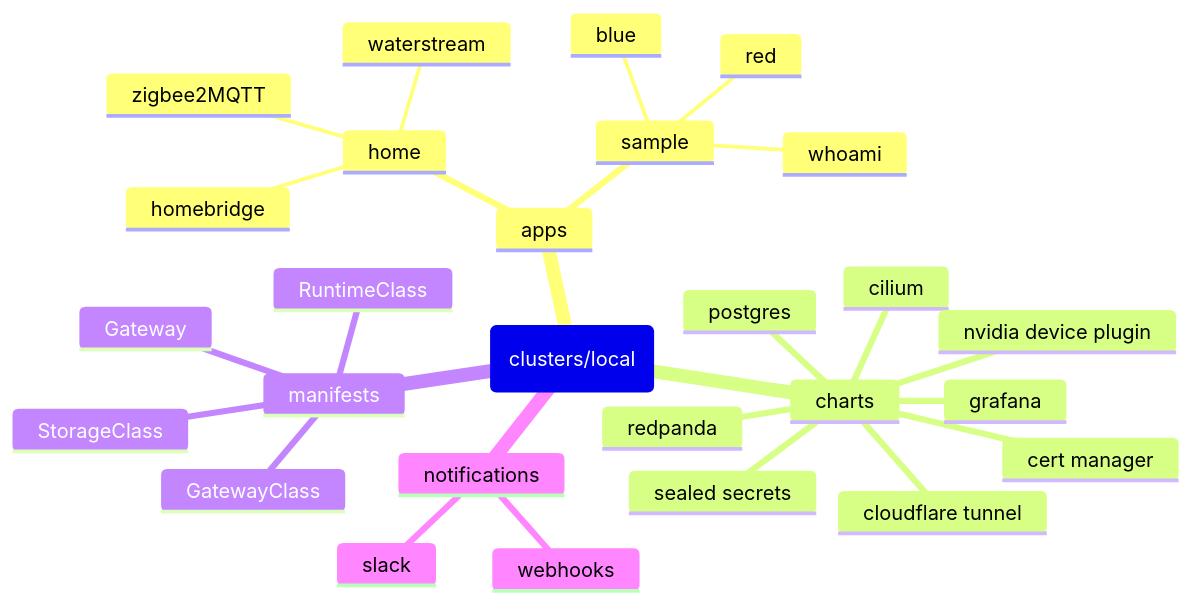
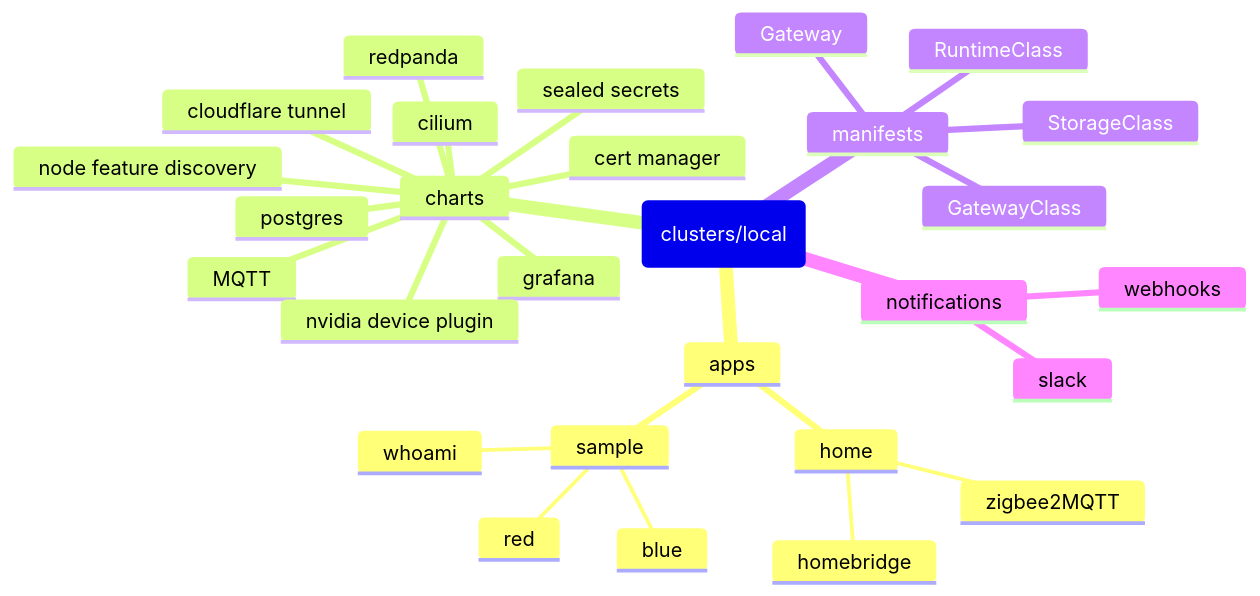
One commit to dudo/turing-pi changed the diagram in README.md. Above: the diagram before and after it, drawn with Mermaid. The commit also changed 21 other files, not shown here.

````diff
--- a/README.md
+++ b/README.md
@@ -13,30 +13,31 @@
 ```mermaid
 mindmap
   root(clusters/local)
     apps
       home
         homebridge
-        waterstream
         zigbee2MQTT
       sample
         red
         blue
         whoami
     charts
       cert manager
       cilium
       cloudflare tunnel
       grafana
+      MQTT
+      node feature discovery
       nvidia device plugin
       postgres
       redpanda
       sealed secrets
     manifests
       GatewayClass
       Gateway
       RuntimeClass
       StorageClass
     notifications
       slack
       webhooks
 ```
````
